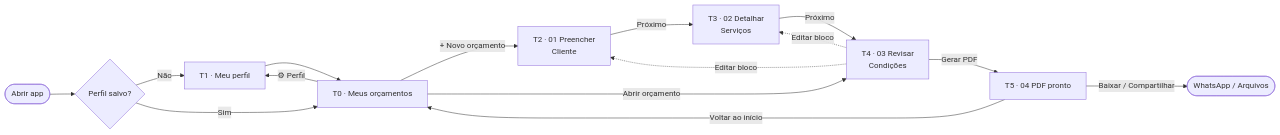
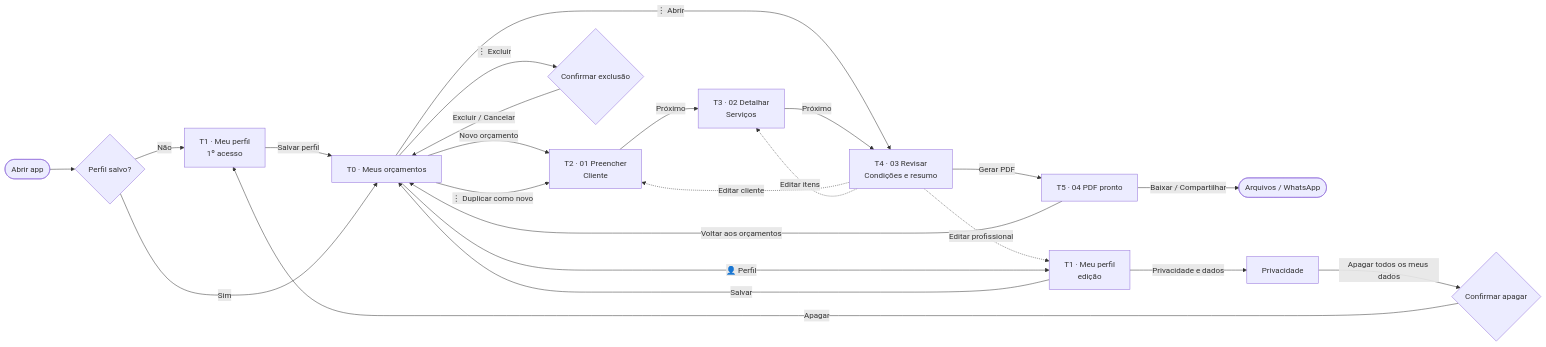
Before and after one commit to Lucas-Bobato/OrcaFacil: the diagram in docs/03-prototipacao.md, drawn with Mermaid. The commit also changed other lines of this file and 22 other files, not shown here.

````diff
--- a/docs/03-prototipacao.md
+++ b/docs/03-prototipacao.md
@@ -9,17 +21,25 @@
 ```mermaid
 flowchart LR
     A([Abrir app]) --> B{Perfil salvo?}
-    B -- Não --> P[T1 · Meu perfil]
-    P --> H
+    B -- Não --> P1[T1 · Meu perfil<br/>1º acesso]
+    P1 -- "Salvar perfil" --> H
     B -- Sim --> H[T0 · Meus orçamentos]
-    H -- "+ Novo orçamento" --> E1[T2 · 01 Preencher<br/>Cliente]
-    H -- "Abrir orçamento" --> E3
+    H -- "Novo orçamento" --> E1[T2 · 01 Preencher<br/>Cliente]
+    H -- "⋮ Abrir" --> E3
+    H -- "⋮ Duplicar como novo" --> E1
+    H -- "⋮ Excluir" --> X{Confirmar exclusão}
+    X -- Excluir / Cancelar --> H
     E1 -- Próximo --> E2[T3 · 02 Detalhar<br/>Serviços]
-    E2 -- Próximo --> E3[T4 · 03 Revisar<br/>Condições]
+    E2 -- Próximo --> E3[T4 · 03 Revisar<br/>Condições e resumo]
     E3 -- "Gerar PDF" --> E4[T5 · 04 PDF pronto]
-    E4 -- Baixar / Compartilhar --> W([WhatsApp / Arquivos])
-    E4 -- Voltar ao início --> H
-    E3 -. Editar bloco .-> E1
-    E3 -. Editar bloco .-> E2
-    H -- "⚙ Perfil" --> P
+    E4 -- "Baixar / Compartilhar" --> W([Arquivos / WhatsApp])
+    E4 -- "Voltar aos orçamentos" --> H
+    E3 -. "Editar profissional" .-> P
+    E3 -. "Editar cliente" .-> E1
+    E3 -. "Editar itens" .-> E2
+    H -- "👤 Perfil" --> P[T1 · Meu perfil<br/>edição]
+    P -- "Salvar" --> H
+    P -- "Privacidade e dados" --> PV[Privacidade]
+    PV -- "Apagar todos os meus dados" --> Y{Confirmar apagar}
+    Y -- Apagar --> P1
 ```
````
